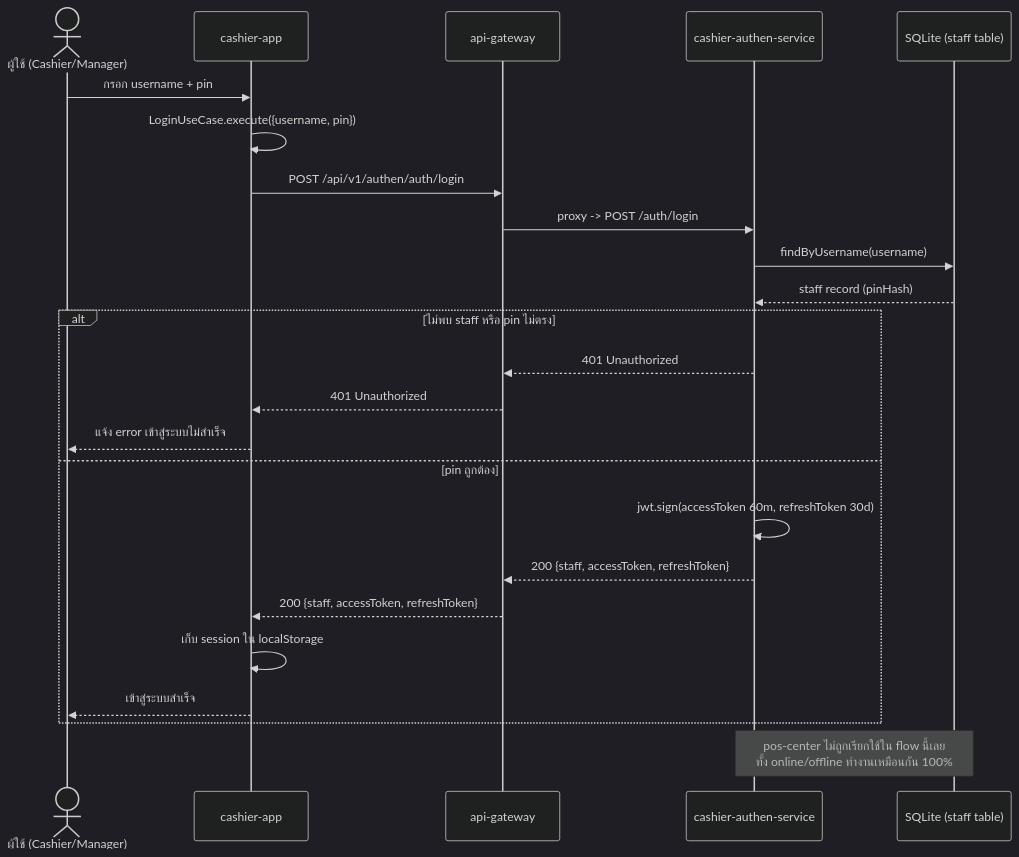
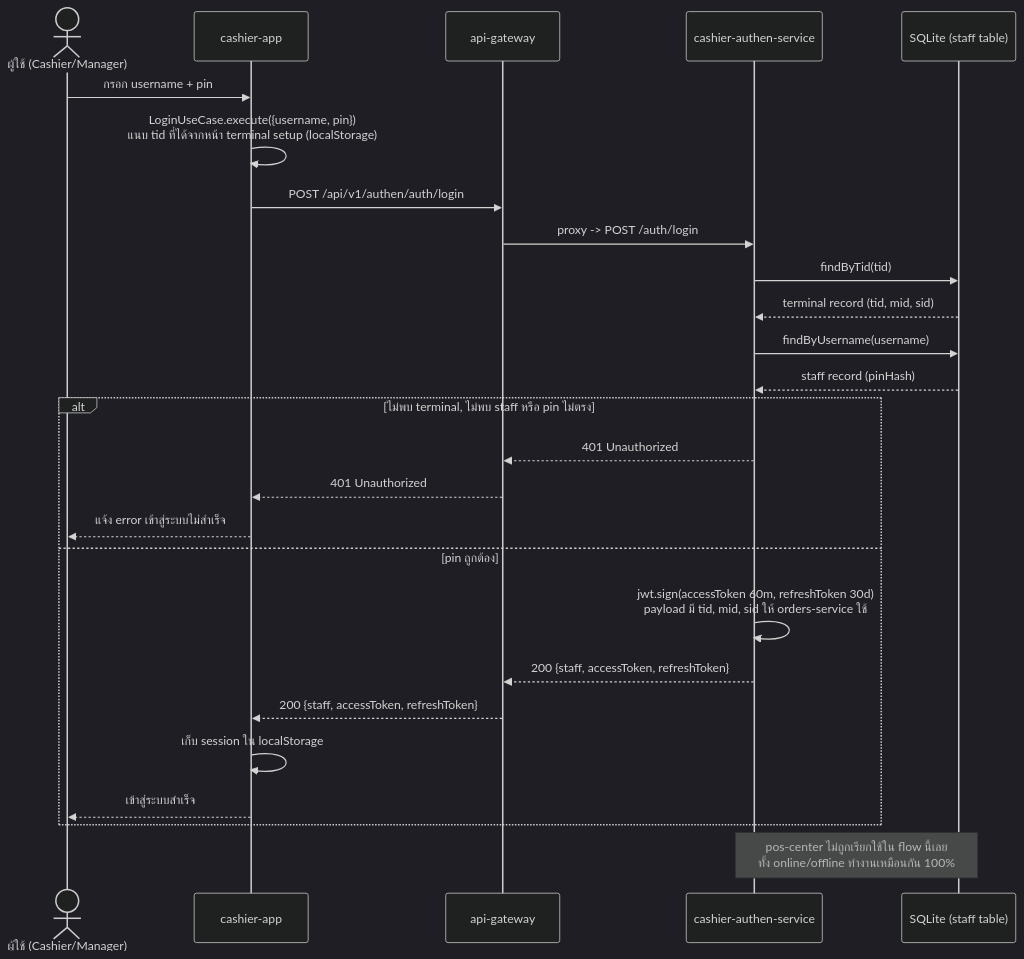
Before and after one commit to apisit110/pos-cashier: the diagram in docs/sequence-diagrams/01-login.md, drawn with Mermaid (dark theme). The commit also changed 29 other files, not shown here.

First line of the commit message:
feat: implement terminal management in cashier-authen-service and cashier-orders-service

````diff
--- a/docs/sequence-diagrams/01-login.md
+++ b/docs/sequence-diagrams/01-login.md
@@ -9,29 +9,31 @@
 ```mermaid
 sequenceDiagram
     actor User as ผู้ใช้ (Cashier/Manager)
     participant App as cashier-app
     participant GW as api-gateway
     participant Auth as cashier-authen-service
     participant DB as SQLite (staff table)
 
     User->>App: กรอก username + pin
-    App->>App: LoginUseCase.execute({username, pin})
+    App->>App: LoginUseCase.execute({username, pin})<br/>แนบ tid ที่ได้จากหน้า terminal setup (localStorage)
     App->>GW: POST /api/v1/authen/auth/login
     GW->>Auth: proxy -> POST /auth/login
+    Auth->>DB: findByTid(tid)
+    DB-->>Auth: terminal record (tid, mid, sid)
     Auth->>DB: findByUsername(username)
     DB-->>Auth: staff record (pinHash)
 
-    alt ไม่พบ staff หรือ pin ไม่ตรง
+    alt ไม่พบ terminal, ไม่พบ staff หรือ pin ไม่ตรง
         Auth-->>GW: 401 Unauthorized
         GW-->>App: 401 Unauthorized
         App-->>User: แจ้ง error เข้าสู่ระบบไม่สำเร็จ
     else pin ถูกต้อง
-        Auth->>Auth: jwt.sign(accessToken 60m, refreshToken 30d)
+        Auth->>Auth: jwt.sign(accessToken 60m, refreshToken 30d)<br/>payload มี tid, mid, sid ให้ orders-service ใช้
         Auth-->>GW: 200 {staff, accessToken, refreshToken}
         GW-->>App: 200 {staff, accessToken, refreshToken}
         App->>App: เก็บ session ใน localStorage
         App-->>User: เข้าสู่ระบบสำเร็จ
     end
 
     Note over Auth,DB: pos-center ไม่ถูกเรียกใช้ใน flow นี้เลย<br/>ทั้ง online/offline ทำงานเหมือนกัน 100%
 ```
````
